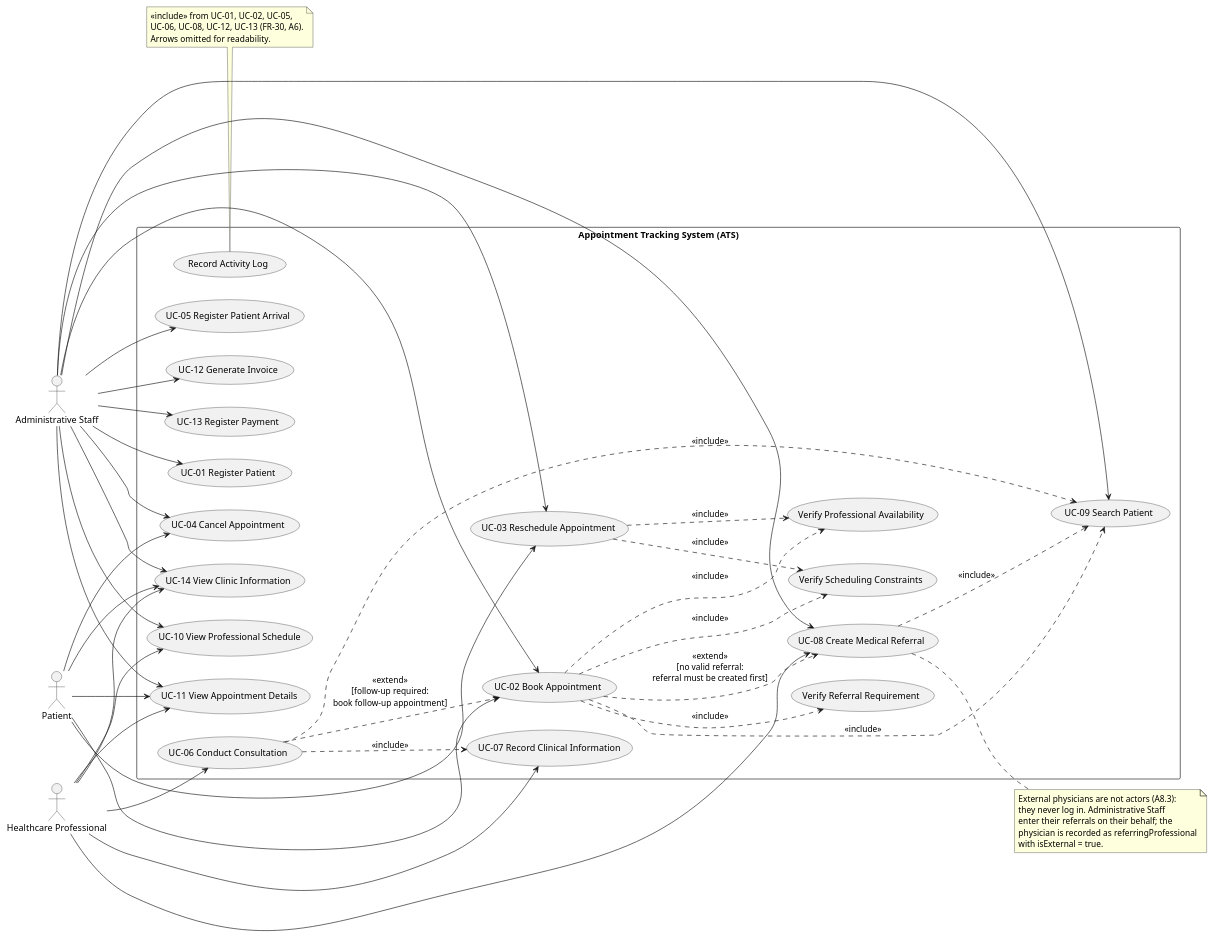
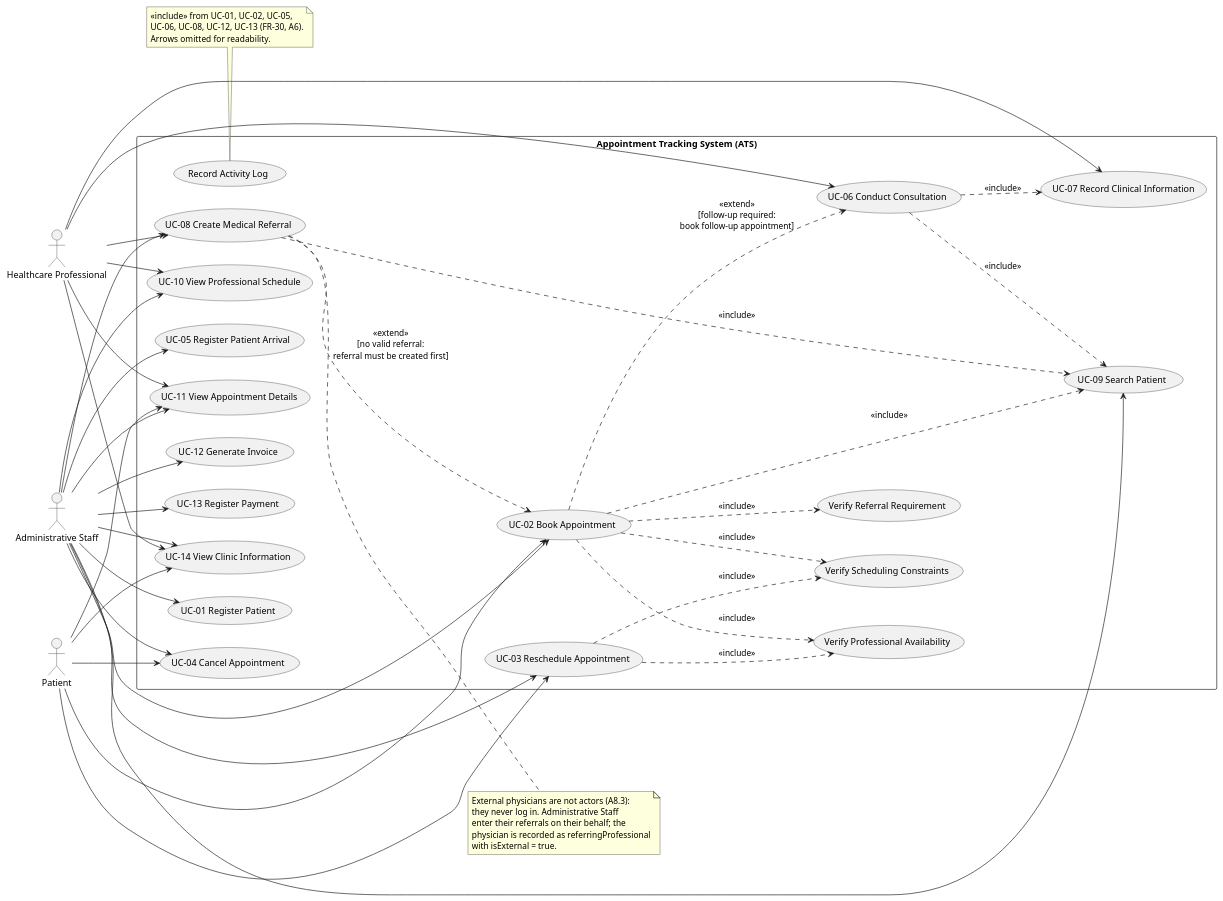
The diagram in reference-drafts/iteration-1/01-use-case-diagram.md (ArhamAkram/SOEN342-project), drawn with PlantUML before and after one commit. The commit also changed other lines of this file, not shown here.

Commit message:
Fix extend arrow direction in Iteration 1 use-case diagram

```diff
--- a/reference-drafts/iteration-1/01-use-case-diagram.md
+++ b/reference-drafts/iteration-1/01-use-case-diagram.md
@@ -145,8 +145,8 @@
 UC06 ..> UC07 : <<include>>
 
 ' ---- Extend relationships ----
-UC02 ..> UC08 : <<extend>>\n[no valid referral:\nreferral must be created first]
-UC06 ..> UC02 : <<extend>>\n[follow-up required:\nbook follow-up appointment]
+UC08 ..> UC02 : <<extend>>\n[no valid referral:\nreferral must be created first]
+UC02 ..> UC06 : <<extend>>\n[follow-up required:\nbook follow-up appointment]
 
 note bottom of LogActivity
   <<include>> from UC-01, UC-02, UC-05,
```
